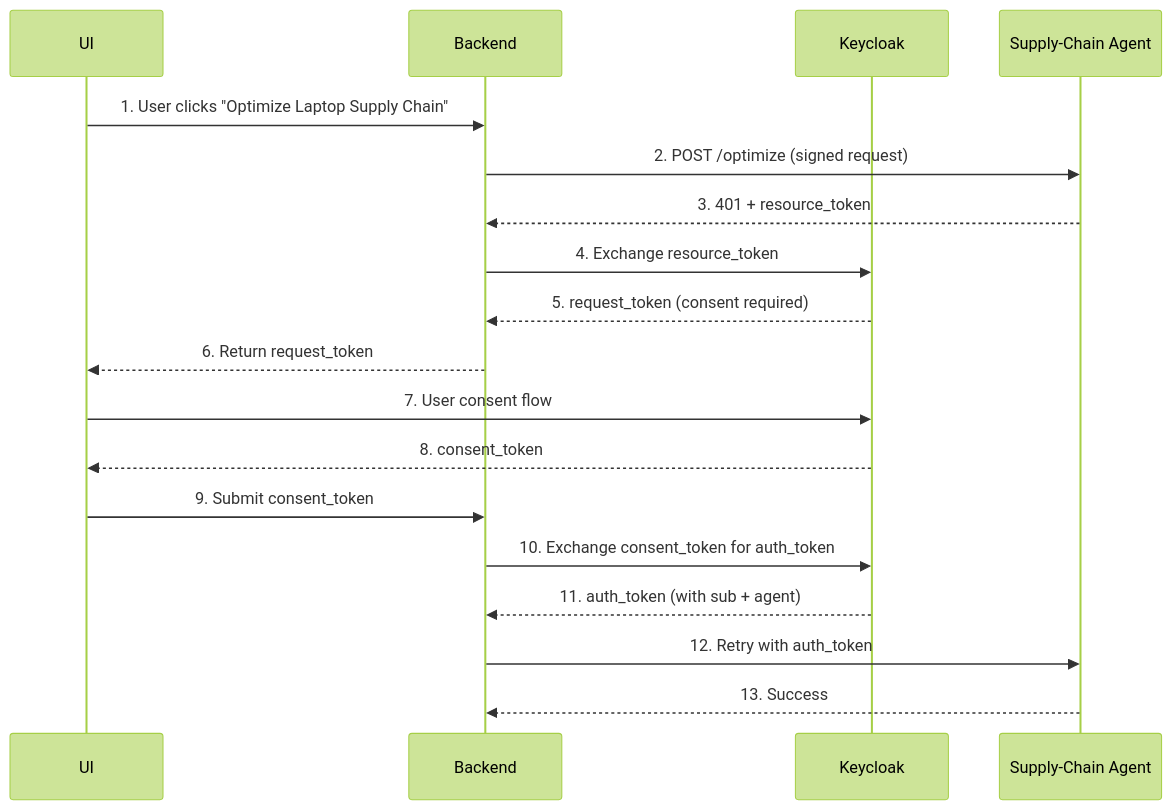
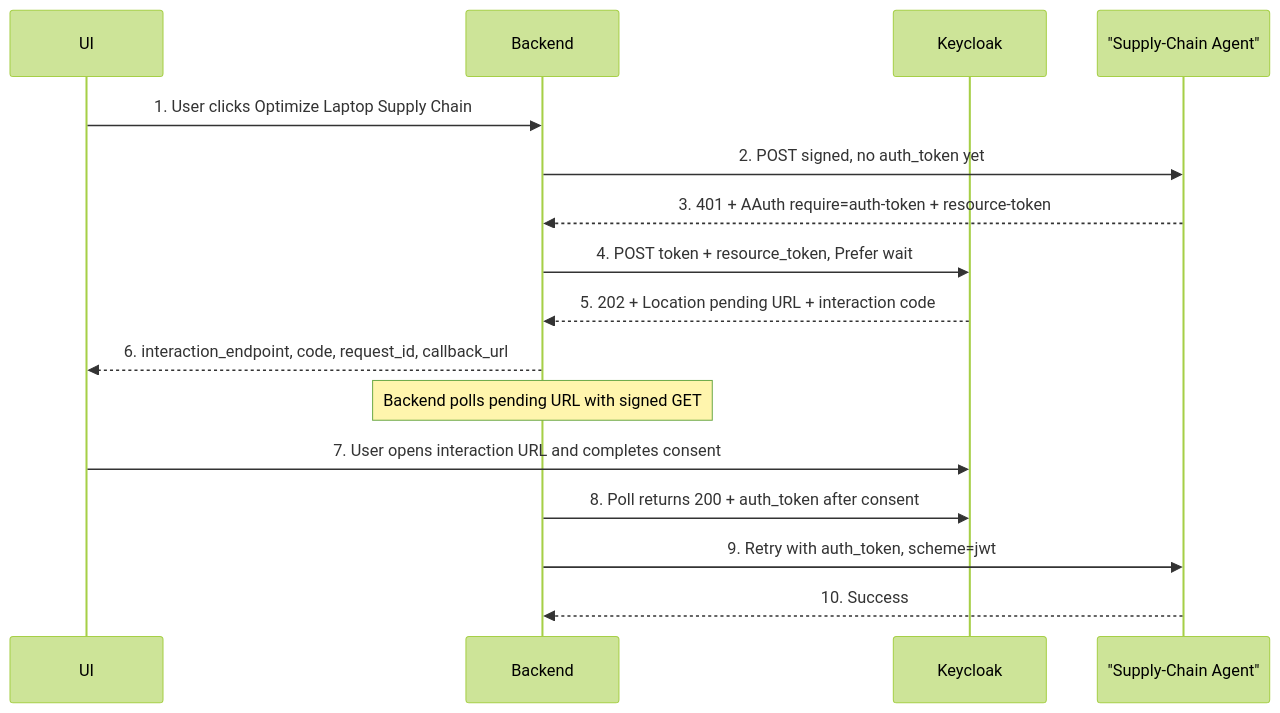
One commit to christian-posta/aauth-full-demo changed the diagram in docs/agent-authorization-on-behalf-of.md. Above: the diagram before and after it, drawn with Mermaid (forest theme). The commit also changed other lines of this file and 1 other file, not shown here.

````diff
--- a/docs/agent-authorization-on-behalf-of.md
+++ b/docs/agent-authorization-on-behalf-of.md
@@ -112,21 +114,19 @@
 ```mermaid
 sequenceDiagram
   participant UI as UI
   participant BE as Backend
   participant KC as Keycloak
-  participant SCA as Supply-Chain Agent
+  participant SCA as "Supply-Chain Agent"
 
-  UI->>BE: 1. User clicks "Optimize Laptop Supply Chain"
-  BE->>SCA: 2. POST /optimize (signed request)
-  SCA-->>BE: 3. 401 + resource_token
-  BE->>KC: 4. Exchange resource_token
-  KC-->>BE: 5. request_token (consent required)
-  BE-->>UI: 6. Return request_token
-  UI->>KC: 7. User consent flow
-  KC-->>UI: 8. consent_token
-  UI->>BE: 9. Submit consent_token
-  BE->>KC: 10. Exchange consent_token for auth_token
-  KC-->>BE: 11. auth_token (with sub + agent)
-  BE->>SCA: 12. Retry with auth_token
-  SCA-->>BE: 13. Success
+  UI->>BE: 1. User clicks Optimize Laptop Supply Chain
+  BE->>SCA: 2. POST signed, no auth_token yet
+  SCA-->>BE: 3. 401 + AAuth require=auth-token + resource-token
+  BE->>KC: 4. POST token + resource_token, Prefer wait
+  KC-->>BE: 5. 202 + Location pending URL + interaction code
+  BE-->>UI: 6. interaction_endpoint, code, request_id, callback_url
+  Note over BE: Backend polls pending URL with signed GET
+  UI->>KC: 7. User opens interaction URL and completes consent
+  BE->>KC: 8. Poll returns 200 + auth_token after consent
+  BE->>SCA: 9. Retry with auth_token, scheme=jwt
+  SCA-->>BE: 10. Success
 ```
````
